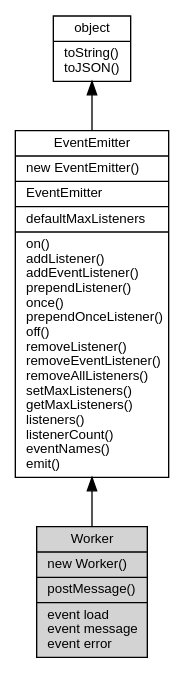
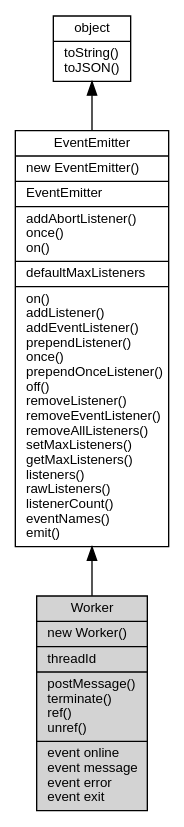
Before and after one commit to fibjs/fibjs.org: the diagram in docs/manual/object/ifs/Worker.md, drawn with Graphviz. The commit also changed other lines of this file and 148 other files, not shown here.

First line of the commit message:
feat: add ZlibCodec documentation and update object graph

````diff
--- a/docs/manual/object/ifs/Worker.md
+++ b/docs/manual/object/ifs/Worker.md
@@ -73,12 +79,12 @@
 ```dot
 digraph {
     node [fontname="Helvetica,sans-Serif", fontsize=10, shape="record", style="filled", fillcolor="white"];
 
     object [tooltip="object", URL="object.md", label="{object|toString()\ltoJSON()\l}"];
-    EventEmitter [tooltip="EventEmitter", URL="EventEmitter.md", label="{EventEmitter|new EventEmitter()\l|EventEmitter\l|defaultMaxListeners\l|on()\laddListener()\laddEventListener()\lprependListener()\lonce()\lprependOnceListener()\loff()\lremoveListener()\lremoveEventListener()\lremoveAllListeners()\lsetMaxListeners()\lgetMaxListeners()\llisteners()\llistenerCount()\leventNames()\lemit()\l}"];
-    Worker [tooltip="Worker", fillcolor="lightgray", id="me", label="{Worker|new Worker()\l|postMessage()\l|event load\levent message\levent error\l}"];
+    EventEmitter [tooltip="EventEmitter", URL="EventEmitter.md", label="{EventEmitter|new EventEmitter()\l|EventEmitter\l|addAbortListener()\lonce()\lon()\l|defaultMaxListeners\l|on()\laddListener()\laddEventListener()\lprependListener()\lonce()\lprependOnceListener()\loff()\lremoveListener()\lremoveEventListener()\lremoveAllListeners()\lsetMaxListeners()\lgetMaxListeners()\llisteners()\lrawListeners()\llistenerCount()\leventNames()\lemit()\l}"];
+    Worker [tooltip="Worker", fillcolor="lightgray", id="me", label="{Worker|new Worker()\l|threadId\l|postMessage()\lterminate()\lref()\lunref()\l|event online\levent message\levent error\levent exit\l}"];
 
     object -> EventEmitter [dir=back];
     EventEmitter -> Worker [dir=back];
 }
 ```
````
